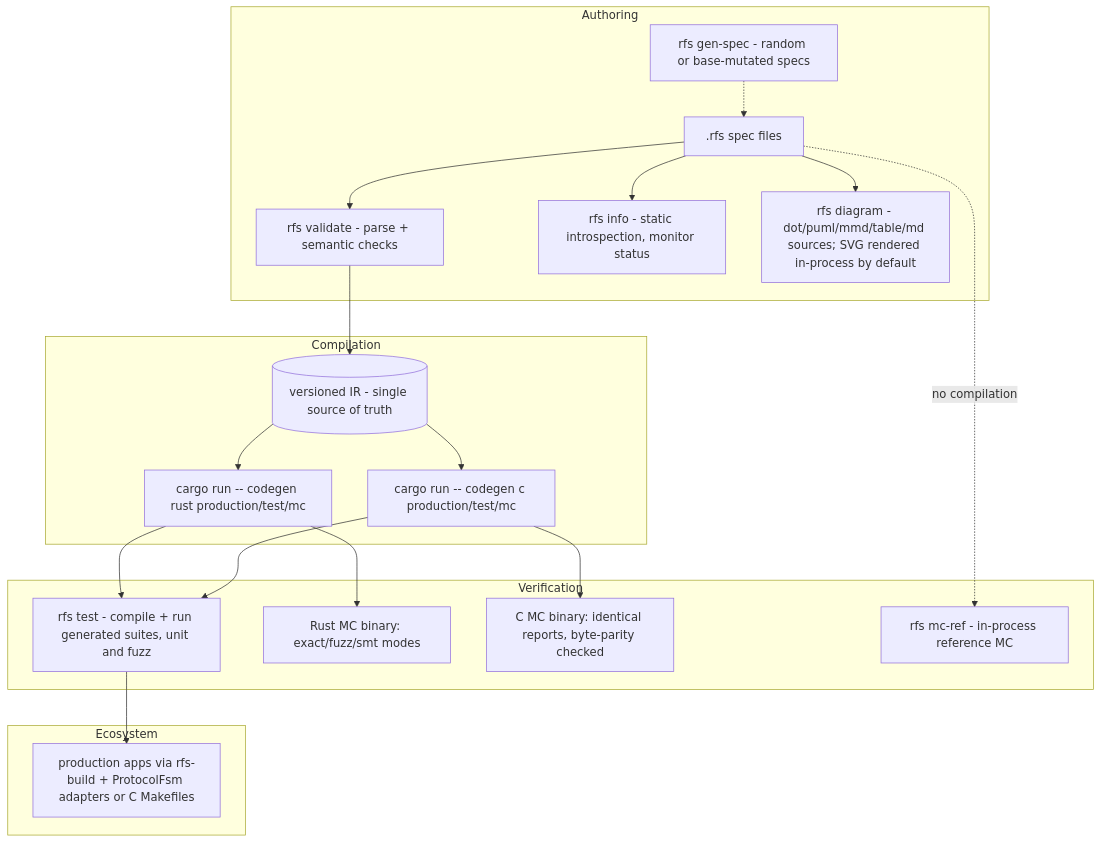
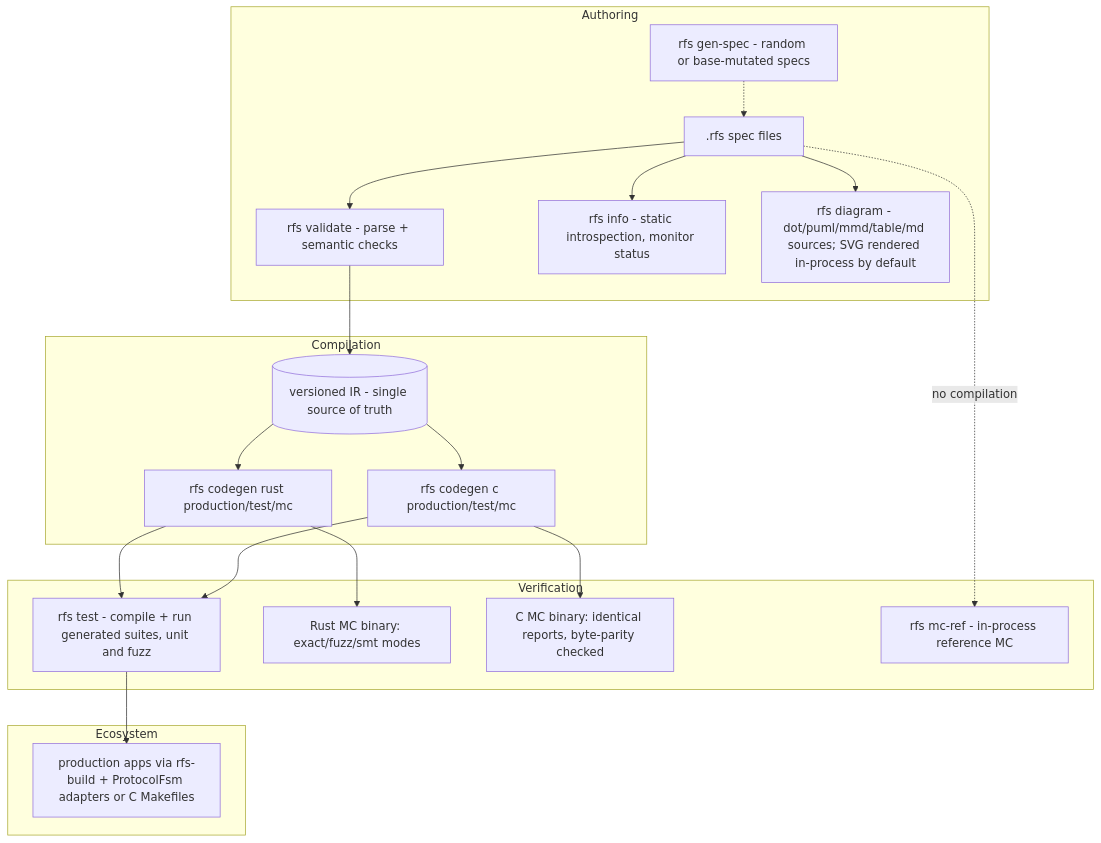
One commit to vasil-sd/RFS changed the diagram in README.md. Above: the diagram before and after it, drawn with Mermaid. The commit also changed 14 other files, not shown here.

````diff
--- a/README.md
+++ b/README.md
@@ -30,24 +30,24 @@
 ```mermaid
 flowchart TB
     subgraph Authoring
         S[.rfs spec files] --> V[rfs validate - parse + semantic checks]
         S --> I[rfs info - static introspection, monitor status]
         S --> D[rfs diagram - dot/puml/mmd/table/md sources; SVG rendered in-process by default]
         G[rfs gen-spec - random or base-mutated specs] -.-> S
     end
     subgraph Compilation
         V --> IR[(versioned IR - single source of truth)]
-        IR --> CR[cargo run -- codegen rust production/test/mc]
-        IR --> CC[cargo run -- codegen c production/test/mc]
+        IR --> CR[rfs codegen rust production/test/mc]
+        IR --> CC[rfs codegen c production/test/mc]
     end
     subgraph Verification
         CR --> RT[rfs test - compile + run generated suites, unit and fuzz]
         CC --> RT
         CR --> MCR[Rust MC binary: exact/fuzz/smt modes]
         CC --> MCC[C MC binary: identical reports, byte-parity checked]
         S -. no compilation .-> REF[rfs mc-ref - in-process reference MC]
     end
     subgraph Ecosystem
         RT --> APP[production apps via rfs-build + ProtocolFsm adapters or C Makefiles]
     end
 ```
````
